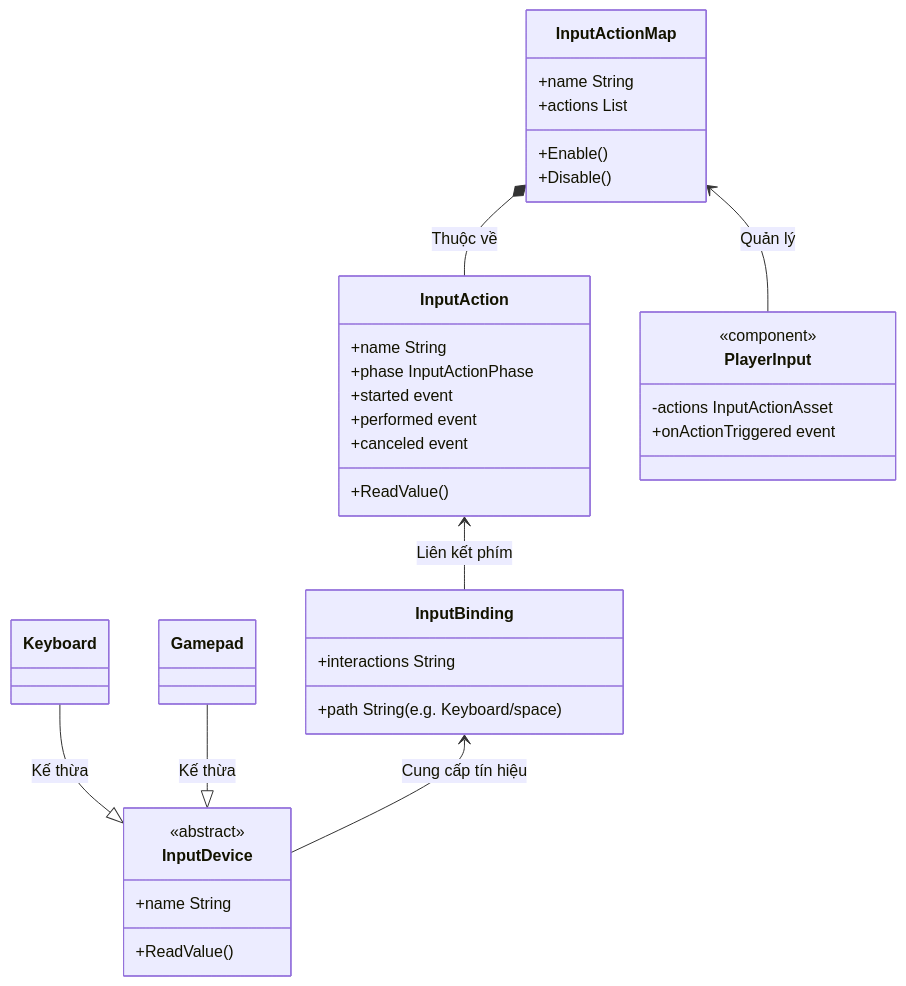
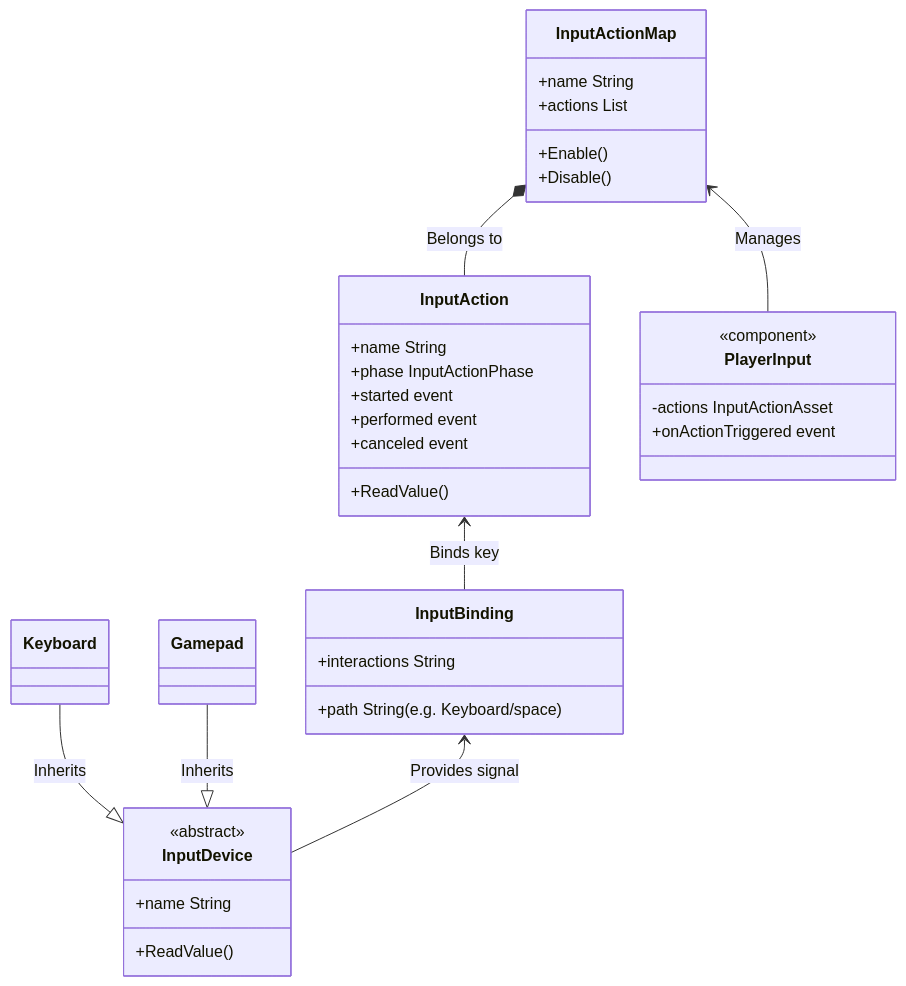
One commit to bugkodc/Road_Map_GameDev changed the diagram in Doc/en/03-Unity/01-Manual/15-Input/01-introduction-to-input.md. Above: the diagram before and after it, drawn with Mermaid. The commit also changed other lines of this file and 38 other files, not shown here.

First line of the commit message:
Translate residual Vietnamese in English docs (diagrams, code, strings)

````diff
--- a/Doc/en/03-Unity/01-Manual/15-Input/01-introduction-to-input.md
+++ b/Doc/en/03-Unity/01-Manual/15-Input/01-introduction-to-input.md
@@ -58,46 +58,46 @@
 ```mermaid
 classDiagram
   direction BT
 
   class InputDevice {
     <<abstract>>
     +name String
     +ReadValue()
   }
   class Keyboard
   class Gamepad
-  InputDevice <|-- Keyboard : Kế thừa
-  InputDevice <|-- Gamepad : Kế thừa
+  InputDevice <|-- Keyboard : Inherits
+  InputDevice <|-- Gamepad : Inherits
 
   class InputBinding {
     +path String (e.g. Keyboard/space)
     +interactions String
   }
   
   class InputAction {
     +name String
     +phase InputActionPhase
     +ReadValue()
     +started event
     +performed event
     +canceled event
   }
   
   class InputActionMap {
     +name String
     +actions List
     +Enable()
     +Disable()
   }
 
-  InputDevice --> InputBinding : Cung cấp tín hiệu
-  InputBinding --> InputAction : Liên kết phím
-  InputAction --* InputActionMap : Thuộc về
+  InputDevice --> InputBinding : Provides signal
+  InputBinding --> InputAction : Binds key
+  InputAction --* InputActionMap : Belongs to
   
   class PlayerInput {
     <<component>>
     -actions InputActionAsset
     +onActionTriggered event
   }
-  PlayerInput --> InputActionMap : Quản lý
+  PlayerInput --> InputActionMap : Manages
 ```
````
